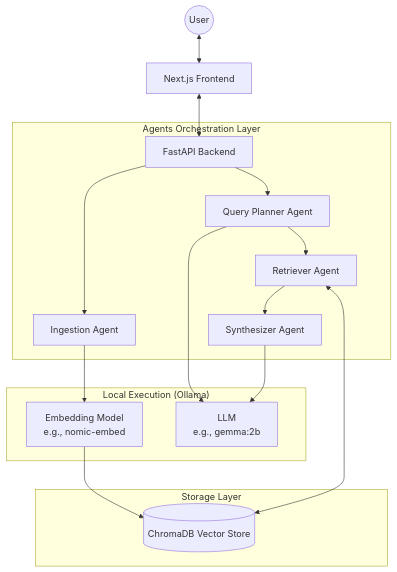
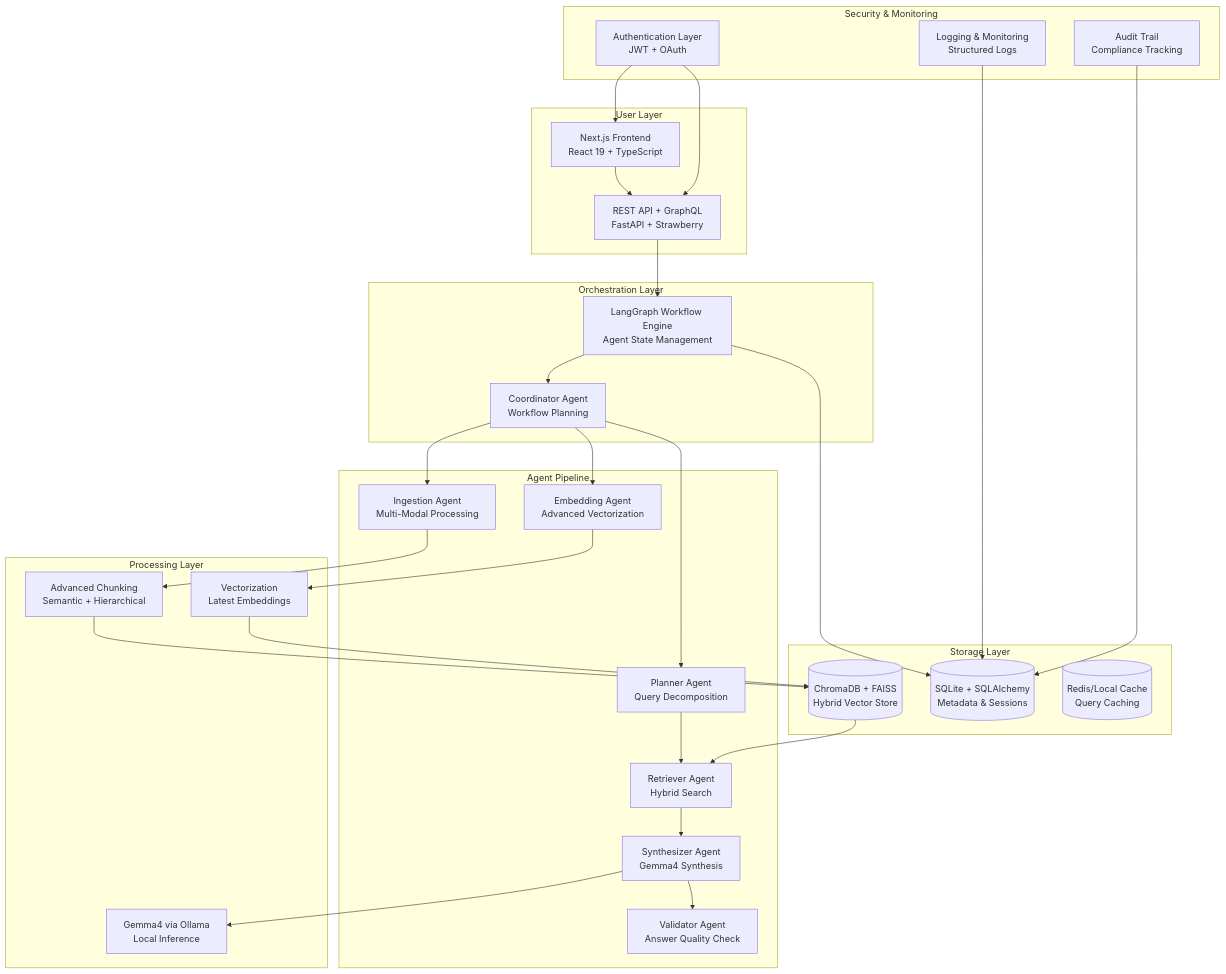
The first of 2 diagrams in AI_IMPLEMENTATION_PLAN.md (Satya-Sai-Tharun/Multi-Agent-RAG-Research-Assistant), drawn with Mermaid before and after one commit. The commit also changed other lines of this file and 15 other files, not shown here.

````diff
--- a/AI_IMPLEMENTATION_PLAN.md
+++ b/AI_IMPLEMENTATION_PLAN.md
@@ -15,24 +43,64 @@
 ```mermaid
-graph TD
-    User((User)) <--> UI[Next.js Frontend]
-    UI <--> API[FastAPI Backend]
-
-    subgraph "Agents Orchestration Layer"
-        API --> Ingestion[Ingestion Agent]
-        API --> Planner[Query Planner Agent]
-        
-        Planner --> Retriever[Retriever Agent]
-        Retriever --> Synthesizer[Synthesizer Agent]
+graph TB
+    subgraph "User Layer"
+        UI[Next.js Frontend<br/>React 19 + TypeScript]
+        API[REST API + GraphQL<br/>FastAPI + Strawberry]
     end
 
-    subgraph "Local Execution (Ollama)"
-        Ingestion --> EmbModel[Embedding Model<br/>e.g., nomic-embed]
-        Planner --> LLM[LLM<br/>e.g., gemma:2b]
-        Synthesizer --> LLM
+    subgraph "Orchestration Layer"
+        WF[LangGraph Workflow Engine<br/>Agent State Management]
+        CO[Coordinator Agent<br/>Workflow Planning]
+    end
+
+    subgraph "Agent Pipeline"
+        ING[Ingestion Agent<br/>Multi-Modal Processing]
+        EMB[Embedding Agent<br/>Advanced Vectorization]
+        PLN[Planner Agent<br/>Query Decomposition]
+        RET[Retriever Agent<br/>Hybrid Search]
+        SYN[Synthesizer Agent<br/>Gemma4 Synthesis]
+        VAL[Validator Agent<br/>Answer Quality Check]
+    end
+
+    subgraph "Processing Layer"
+        CHUNK[Advanced Chunking<br/>Semantic + Hierarchical]
+        VEC[Vectorization<br/>Latest Embeddings]
+        LLM[Gemma4 via Ollama<br/>Local Inference]
     end
 
     subgraph "Storage Layer"
-        EmbModel --> VDB[(ChromaDB Vector Store)]
-        Retriever <--> VDB
+        VDB[(ChromaDB + FAISS<br/>Hybrid Vector Store)]
+        RDB[(SQLite + SQLAlchemy<br/>Metadata & Sessions)]
+        CACHE[(Redis/Local Cache<br/>Query Caching)]
     end
+
+    subgraph "Security & Monitoring"
+        AUTH[Authentication Layer<br/>JWT + OAuth]
+        LOG[Logging & Monitoring<br/>Structured Logs]
+        AUDIT[Audit Trail<br/>Compliance Tracking]
+    end
+
+    UI --> API
+    API --> WF
+    WF --> CO
+    CO --> ING
+    CO --> EMB
+    CO --> PLN
+    PLN --> RET
+    RET --> SYN
+    SYN --> VAL
+
+    ING --> CHUNK
+    EMB --> VEC
+    SYN --> LLM
+
+    CHUNK --> VDB
+    VEC --> VDB
+    VDB --> RET
+
+    WF --> RDB
+    LOG --> RDB
+    AUDIT --> RDB
+
+    AUTH --> UI
+    AUTH --> API
 ```
````
